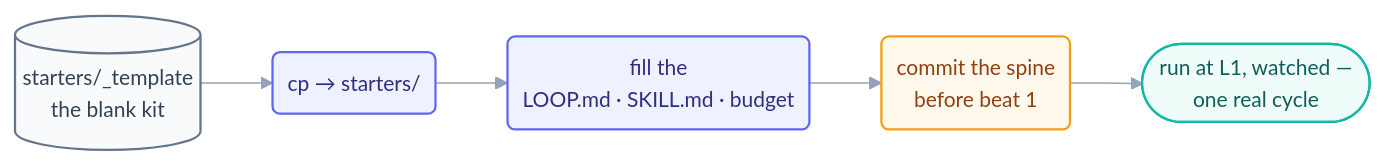
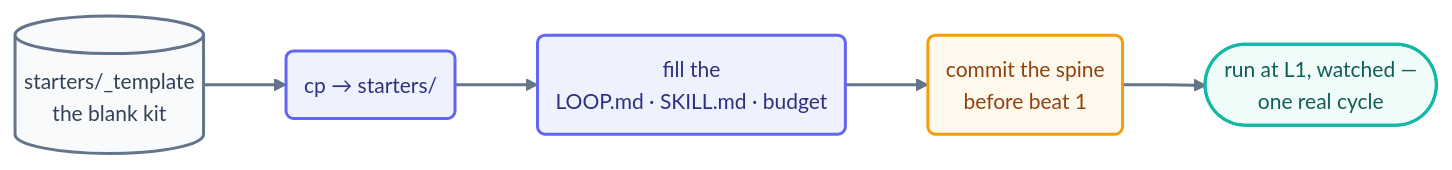
The diagram in docs/09-methods/scaffold-from-template.md (ayeshakhalid192007-dev/LoopEngineering-CrashCourse), drawn with Mermaid before and after one commit. The commit also changed 66 other files, not shown here.

First line of the commit message:
docs(diagrams): bolden and unify all 70 mermaid diagrams

````diff
--- a/docs/09-methods/scaffold-from-template.md
+++ b/docs/09-methods/scaffold-from-template.md
@@ -34,12 +34,13 @@
 ```mermaid
-%%{init: {'theme':'base','themeVariables':{'fontFamily':'ui-sans-serif, system-ui, sans-serif','fontSize':'14px','lineColor':'#94a3b8'},'flowchart':{'curve':'basis','nodeSpacing':42,'rankSpacing':48,'padding':10}}}%%
+%%{init: {'theme':'base','themeVariables':{'fontFamily':'ui-sans-serif, system-ui, sans-serif','fontSize':'14px','lineColor':'#64748b','edgeLabelBackground':'#f8fafc'},'flowchart':{'curve':'basis','nodeSpacing':45,'rankSpacing':55,'padding':12}}}%%
 flowchart LR
     T[("starters/_template<br/>the blank kit")]:::file --> CP("cp → starters/<loop-name>"):::step
     CP --> FILL("fill the <blanks><br/>LOOP.md · SKILL.md · budget"):::step
     FILL --> COMMIT("commit the spine<br/>before beat 1"):::gate
     COMMIT --> RUN(["run at L1, watched —<br/>one real cycle"]):::win
-    classDef file fill:#f8fafc,stroke:#64748b,stroke-width:1.5px,color:#334155;
-    classDef step fill:#eef2ff,stroke:#6366f1,stroke-width:1.5px,color:#312e81;
-    classDef gate fill:#fef9ec,stroke:#f59e0b,stroke-width:1.5px,color:#92400e;
-    classDef win fill:#effcf9,stroke:#14b8a6,stroke-width:1.5px,color:#115e59;
+    linkStyle default stroke:#64748b,stroke-width:2px;
+    classDef file fill:#f8fafc,stroke:#64748b,stroke-width:2px,color:#334155;
+    classDef step fill:#eef2ff,stroke:#6366f1,stroke-width:2px,color:#312e81;
+    classDef gate fill:#fef9ec,stroke:#f59e0b,stroke-width:2px,color:#92400e;
+    classDef win fill:#effcf9,stroke:#14b8a6,stroke-width:2px,color:#115e59;
 ```
````
